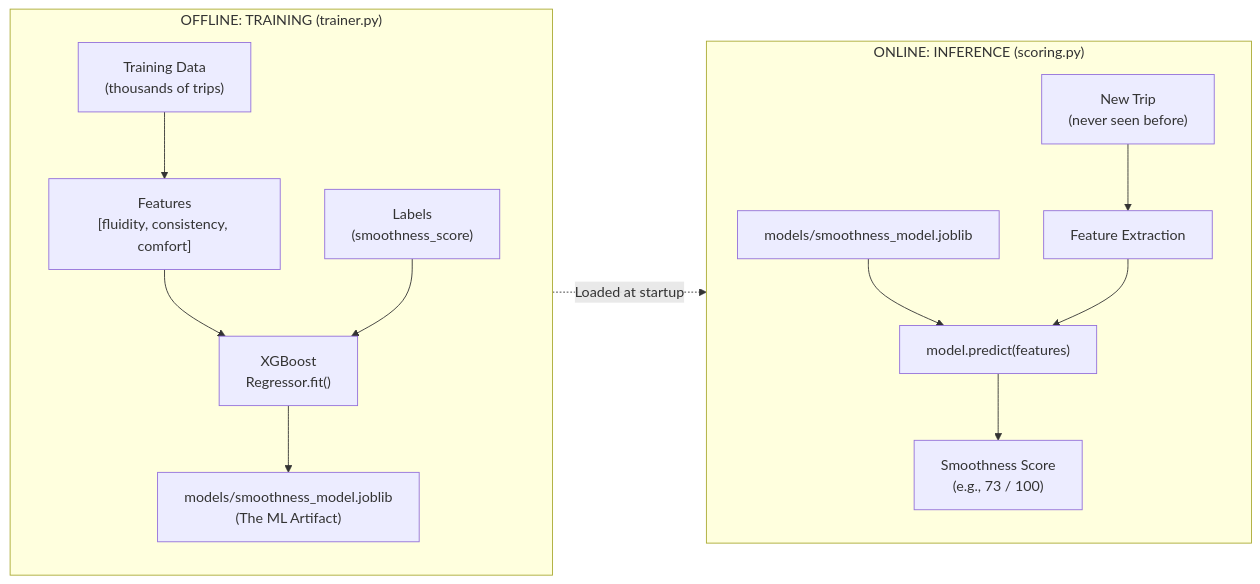
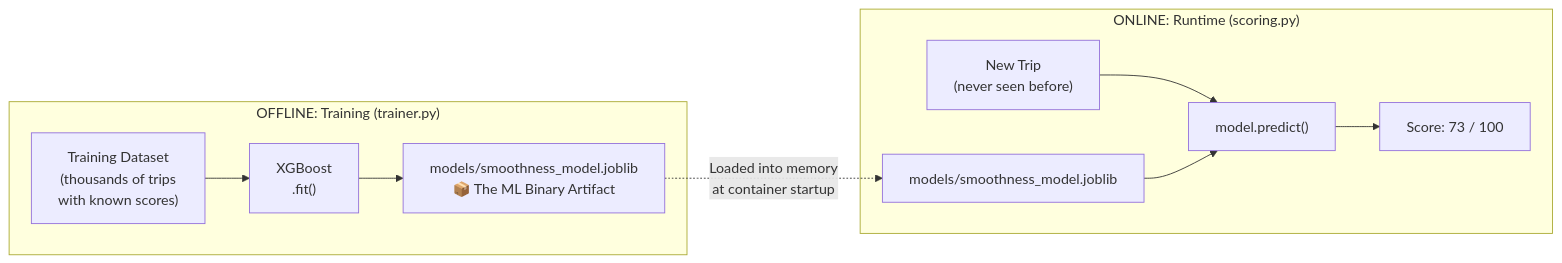
One commit to Project-Be-Better/learning-ml changed the fifth of 16 diagrams in docs/ml_pipeline_guide.md. Above: the diagram before and after it, drawn with Mermaid. The commit also changed other lines of this file, not shown here.

````diff
--- a/docs/ml_pipeline_guide.md
+++ b/docs/ml_pipeline_guide.md
@@ -132,20 +138,15 @@
 ```mermaid
 flowchart LR
-    subgraph "OFFLINE: TRAINING (trainer.py)"
-        direction TB
-        TD["Training Data\n(thousands of trips)"] --> FE["Features\n[fluidity, consistency, comfort]"]
-        FE --> XG["XGBoost\nRegressor.fit()"]
-        Labels["Labels\n(smoothness_score)"] --> XG
-        XG --> ART["models/smoothness_model.joblib\n(The ML Artifact)"]
+    subgraph "OFFLINE: Training (trainer.py)"
+        TD["Training Dataset\n(thousands of trips\nwith known scores)"] --> XG["XGBoost\n.fit()"]
+        XG --> ART["models/smoothness_model.joblib\n📦 The ML Binary Artifact"]
     end
 
-    subgraph "ONLINE: INFERENCE (scoring.py)"
-        direction TB
-        NR["New Trip\n(never seen before)"] --> NFE["Feature Extraction"]
-        ART2["models/smoothness_model.joblib"] --> P["model.predict(features)"]
-        NFE --> P
-        P --> SC["Smoothness Score\n(e.g., 73 / 100)"]
+    subgraph "ONLINE: Runtime (scoring.py)"
+        NR["New Trip\n(never seen before)"] --> P["model.predict()"]
+        ART2["models/smoothness_model.joblib"] --> P
+        P --> SC["Score: 73 / 100"]
     end
 
-    ART -.-> |"Loaded at startup"| ART2
+    ART -.-> |"Loaded into memory\nat container startup"| ART2
 ```
````
